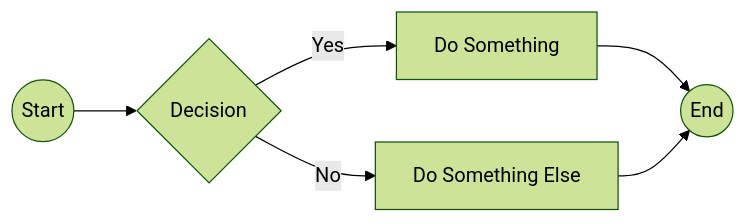
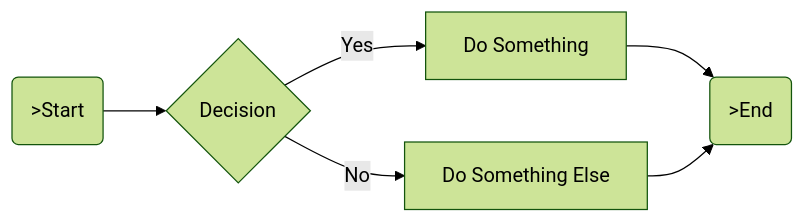
One commit to mjdvisualz/fysik-quiz-app changed the diagram in README.md. Above: the diagram before and after it, drawn with Mermaid (forest theme).

````diff
--- a/README.md
+++ b/README.md
@@ -16,8 +16,8 @@
 ```mermaid
 graph LR
-    A((Start)) --> B{Decision}
+    A(>Start) --> B{Decision}
     B -->|Yes| C[Do Something]
     B -->|No| D[Do Something Else]
-    C --> E((End))
+    C --> E(>End)
     D --> E
 ```
````
